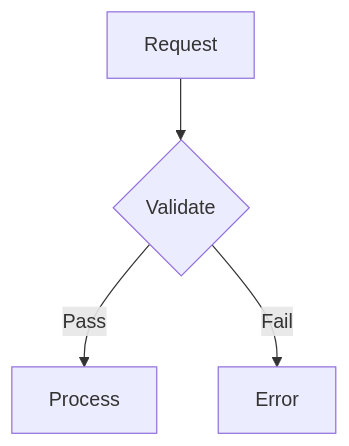
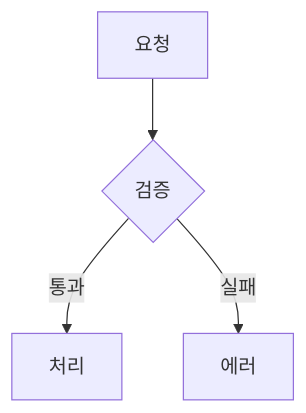
One commit to warqun/AIMindVaults-EN changed the first of 3 diagrams in Vaults/BasicVaults/BasicContentsVault/.sync/_Standards/Core/Plugins/RENDERING_SKILL_DRILLS.md. Above: the diagram before and after it, drawn with Mermaid. The commit also changed other lines of this file and 447 other files, not shown here.

````diff
--- a/Vaults/BasicVaults/BasicContentsVault/.sync/_Standards/Core/Plugins/RENDERING_SKILL_DRILLS.md
+++ b/Vaults/BasicVaults/BasicContentsVault/.sync/_Standards/Core/Plugins/RENDERING_SKILL_DRILLS.md
@@ -25,6 +26,6 @@
 ```mermaid
 flowchart TD
-  A[Request] --> B{Validate}
-  B -->|Pass| C[Process]
-  B -->|Fail| D[Error]
+  A[요청] --> B{검증}
+  B -->|통과| C[처리]
+  B -->|실패| D[에러]
 ```
````
